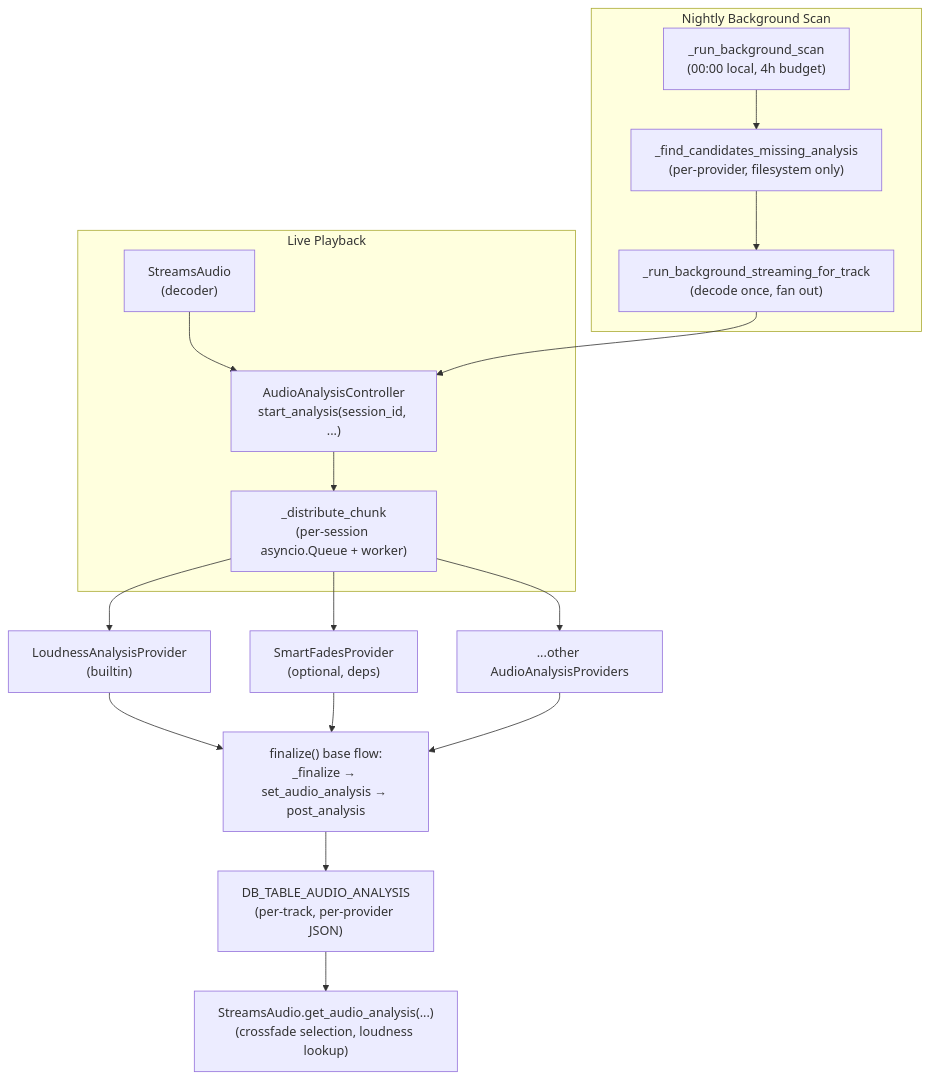
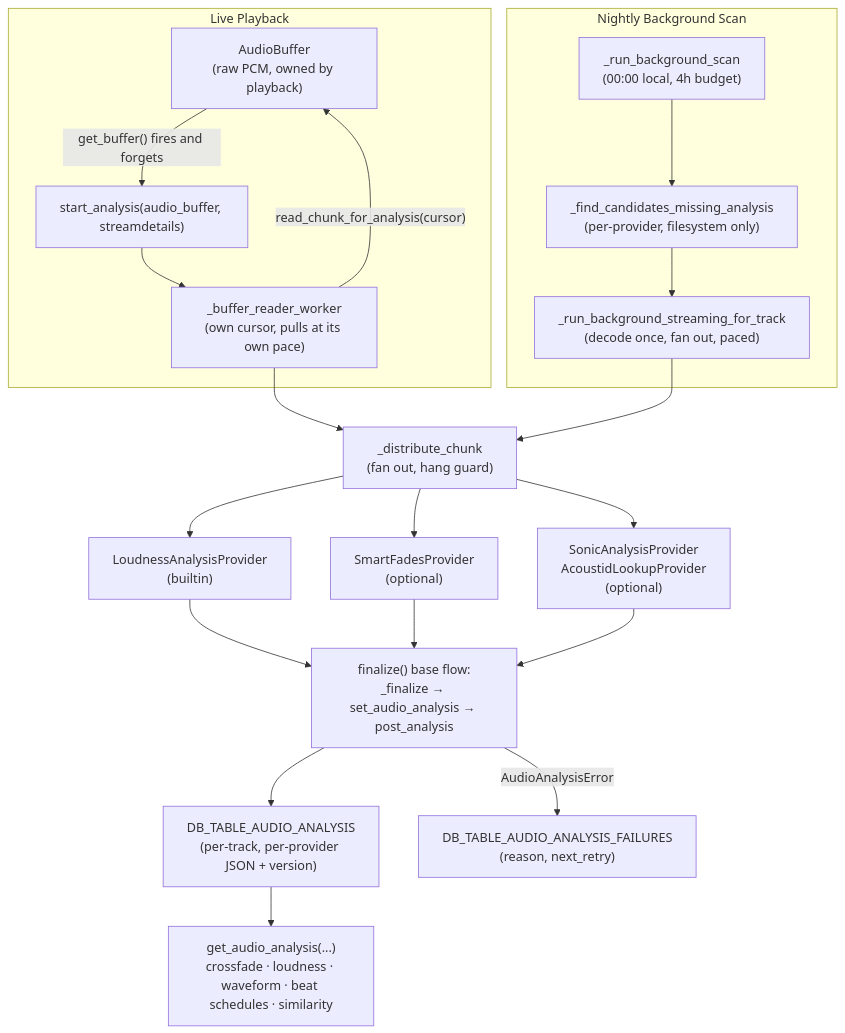
The first of 2 diagrams in docs/architecture/16-audio-analysis.md (theturtle32/music-assistant-server), drawn with Mermaid before and after one commit. The commit also changed other lines of this file and 2 other files, not shown here.

First line of the commit message:
docs(architecture): audio analysis refresh and new smart fades doc

````diff
--- a/docs/architecture/16-audio-analysis.md
+++ b/docs/architecture/16-audio-analysis.md
@@ -7,20 +9,24 @@
 ```mermaid
 flowchart TD
     subgraph live [Live Playback]
-        SD["StreamsAudio<br/>(decoder)"] --> CTL["AudioAnalysisController<br/>start_analysis(session_id, ...)"]
-        CTL --> CHUNK["_distribute_chunk<br/>(per-session asyncio.Queue + worker)"]
+        BUF["AudioBuffer<br/>(raw PCM, owned by playback)"]
+        BUF -->|"get_buffer() fires and forgets"| START["start_analysis(audio_buffer, streamdetails)"]
+        START --> WORKER["_buffer_reader_worker<br/>(own cursor, pulls at its own pace)"]
+        WORKER -->|"read_chunk_for_analysis(cursor)"| BUF
     end
     subgraph scan [Nightly Background Scan]
         SCAN["_run_background_scan<br/>(00:00 local, 4h budget)"] --> CAND["_find_candidates_missing_analysis<br/>(per-provider, filesystem only)"]
-        CAND --> ONE["_run_background_streaming_for_track<br/>(decode once, fan out)"]
-        ONE --> CTL
+        CAND --> ONE["_run_background_streaming_for_track<br/>(decode once, fan out, paced)"]
     end
-    CHUNK --> P1["LoudnessAnalysisProvider<br/>(builtin)"]
-    CHUNK --> P2["SmartFadesProvider<br/>(optional, deps)"]
-    CHUNK --> P3["...other AudioAnalysisProviders"]
+    WORKER --> DIST["_distribute_chunk<br/>(fan out, hang guard)"]
+    ONE --> DIST
+    DIST --> P1["LoudnessAnalysisProvider<br/>(builtin)"]
+    DIST --> P2["SmartFadesProvider<br/>(optional)"]
+    DIST --> P3["SonicAnalysisProvider<br/>AcoustidLookupProvider<br/>(optional)"]
     P1 --> FIN["finalize() base flow:<br/>_finalize → set_audio_analysis → post_analysis"]
     P2 --> FIN
     P3 --> FIN
-    FIN --> DB["DB_TABLE_AUDIO_ANALYSIS<br/>(per-track, per-provider JSON)"]
-    DB --> CONS["StreamsAudio.get_audio_analysis(...)<br/>(crossfade selection, loudness lookup)"]
+    FIN --> DB["DB_TABLE_AUDIO_ANALYSIS<br/>(per-track, per-provider JSON + version)"]
+    FIN -->|"AudioAnalysisError"| FAIL["DB_TABLE_AUDIO_ANALYSIS_FAILURES<br/>(reason, next_retry)"]
+    DB --> CONS["get_audio_analysis(...)<br/>crossfade · loudness · waveform · beat schedules · similarity"]
 ```
````
